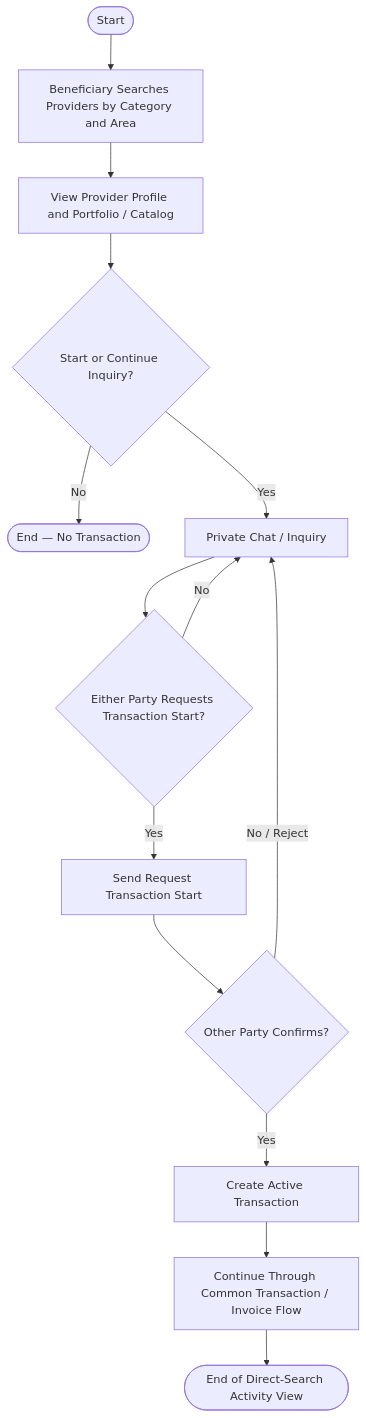
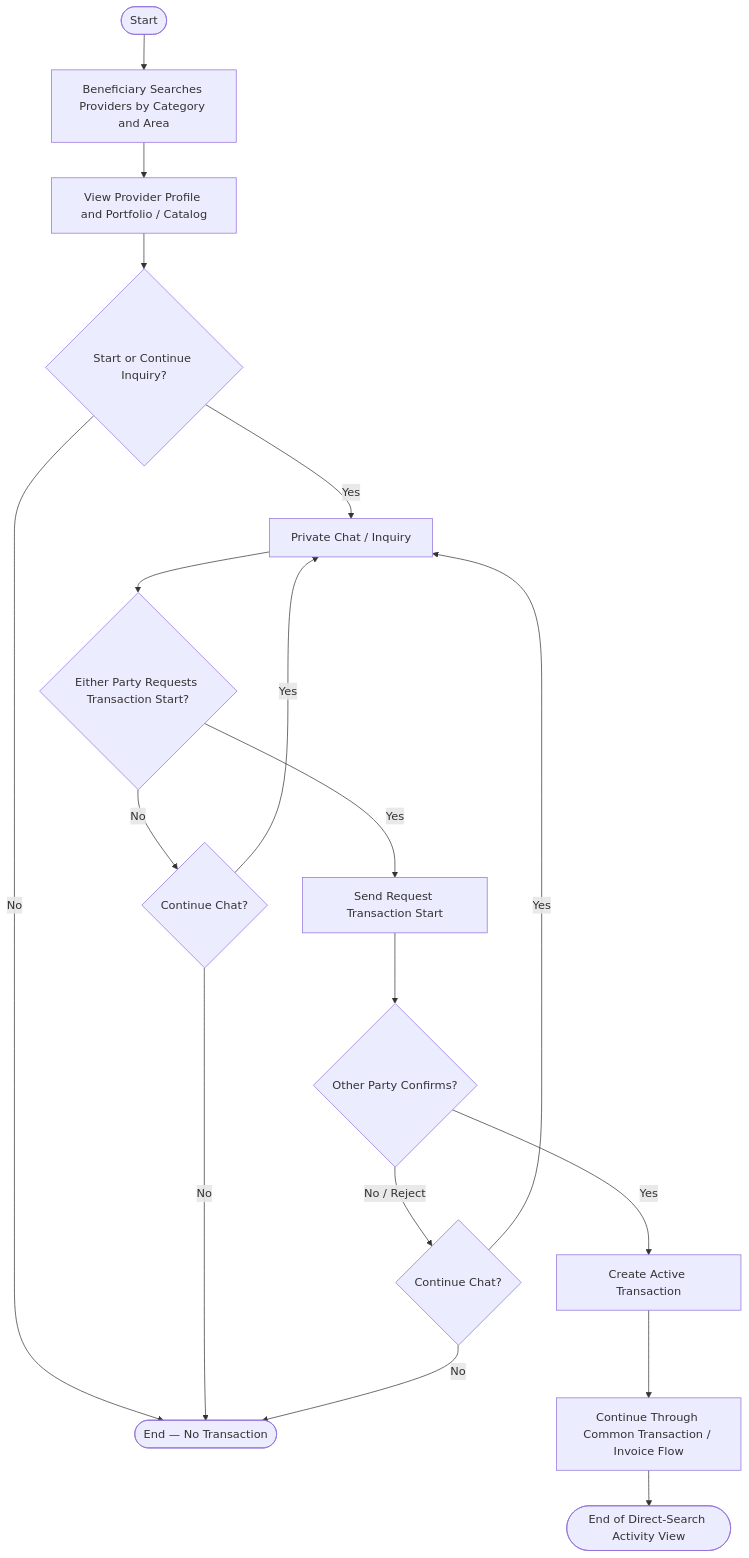
Before and after one commit to Yadd-SanaaUniversityGraduationProject/yadd: the diagram in diagrams/activity-direct-search-route.md, drawn with Mermaid. The commit also changed other lines of this file, not shown here.

Commit message:
fix(diagrams): synchronize direct search activity alternatives

````diff
--- a/diagrams/activity-direct-search-route.md
+++ b/diagrams/activity-direct-search-route.md
@@ -15,18 +15,23 @@
 ```mermaid
 flowchart TD
     S([Start]) --> A[Beneficiary Searches Providers by Category and Area]
     A --> B[View Provider Profile and Portfolio / Catalog]
     B --> C{Start or Continue Inquiry?}
     C -- No --> Z([End — No Transaction])
     C -- Yes --> D[Private Chat / Inquiry]
 
     D --> E{Either Party Requests Transaction Start?}
-    E -- No --> D
-    E -- Yes --> F[Send Request Transaction Start]
-    F --> G{Other Party Confirms?}
+    E -- No --> F{Continue Chat?}
+    F -- Yes --> D
+    F -- No --> Z
 
-    G -- No / Reject --> D
-    G -- Yes --> H[Create Active Transaction]
-    H --> I[Continue Through Common Transaction / Invoice Flow]
-    I --> ZE([End of Direct-Search Activity View])
+    E -- Yes --> G[Send Request Transaction Start]
+    G --> H{Other Party Confirms?}
+    H -- Yes --> I[Create Active Transaction]
+    I --> J[Continue Through Common Transaction / Invoice Flow]
+    J --> ZE([End of Direct-Search Activity View])
+
+    H -- No / Reject --> K{Continue Chat?}
+    K -- Yes --> D
+    K -- No --> Z
 ```
````
